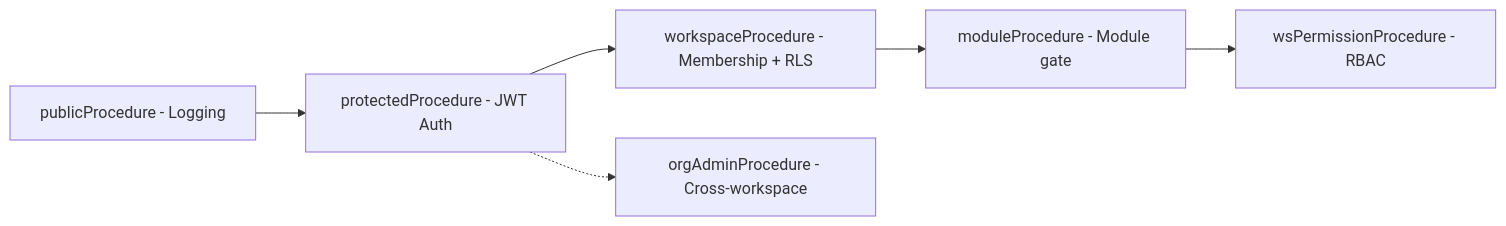
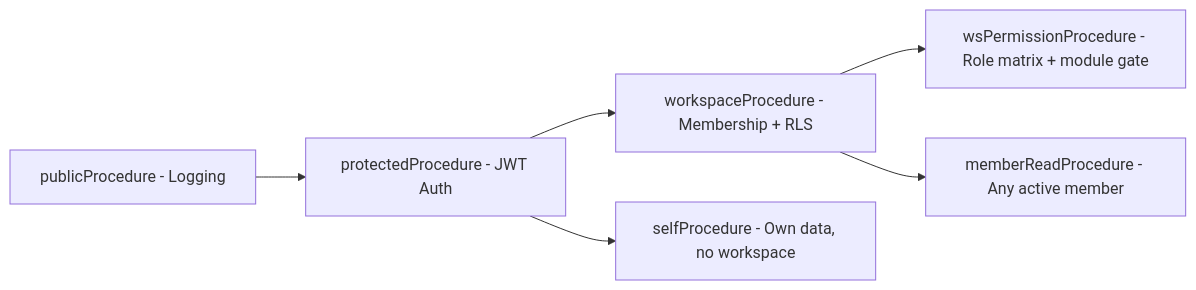
One commit to jesusjosezapata99-jpg/Cendaro changed the fifth of 7 diagrams in docs/architecture/multi-tenant-architecture.md. Above: the diagram before and after it, drawn with Mermaid. The commit also changed other lines of this file and 212 other files, not shown here.

````diff
--- a/docs/architecture/multi-tenant-architecture.md
+++ b/docs/architecture/multi-tenant-architecture.md
@@ -317,15 +317,15 @@
 ```mermaid
 graph LR
     A["publicProcedure - Logging"]
     B["protectedProcedure - JWT Auth"]
     C["workspaceProcedure - Membership + RLS"]
-    D["moduleProcedure - Module gate"]
-    E["wsPermissionProcedure - RBAC"]
-    F["orgAdminProcedure - Cross-workspace"]
+    D["wsPermissionProcedure - Role matrix + module gate"]
+    E["memberReadProcedure - Any active member"]
+    F["selfProcedure - Own data, no workspace"]
 
     A --> B
     B --> C
     C --> D
-    D --> E
-    B -.-> F
+    C --> E
+    B --> F
 ```
````
